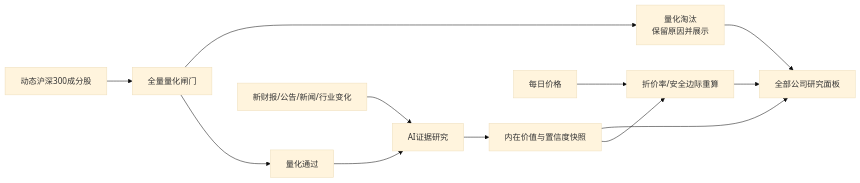
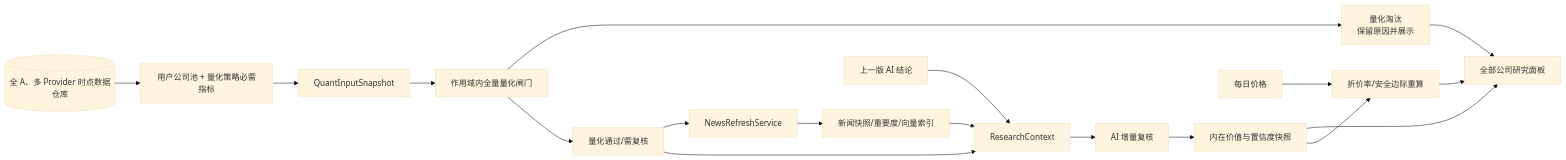
One commit to RickyW0529/Margin changed the second of 6 diagrams in docs/design/v0.2/product/Margin_产品设计_v0.2_中文.md. Above: the diagram before and after it, drawn with Mermaid (base theme). The commit also changed other lines of this file and 469 other files, not shown here.

````diff
--- a/docs/design/v0.2/product/Margin_产品设计_v0.2_中文.md
+++ b/docs/design/v0.2/product/Margin_产品设计_v0.2_中文.md
@@ -40,14 +93,20 @@
 ```mermaid
 flowchart LR
-    U[动态沪深300成分股] --> Q[全量量化闸门]
+    W[(全 A、多 Provider 时点数据仓库)] --> S[用户公司池 + 量化策略必需指标]
+    S --> I[QuantInputSnapshot]
+    I --> Q[作用域内全量量化闸门]
     Q --> R[量化淘汰<br/>保留原因并展示]
-    Q --> P[量化通过]
-    P --> A[AI证据研究]
-    E[新财报/公告/新闻/行业变化] --> A
+    Q --> P[量化通过/需复核]
+    P --> N[NewsRefreshService]
+    N --> E[新闻快照/重要度/向量索引]
+    P --> C[ResearchContext]
+    E --> C
+    Prev[上一版 AI 结论] --> C
+    C --> A[AI 增量复核]
     A --> V[内在价值与置信度快照]
     V --> D[全部公司研究面板]
     R --> D
     Price[每日价格] --> M[折价率/安全边际重算]
     V --> M
     M --> D
 ```
````
